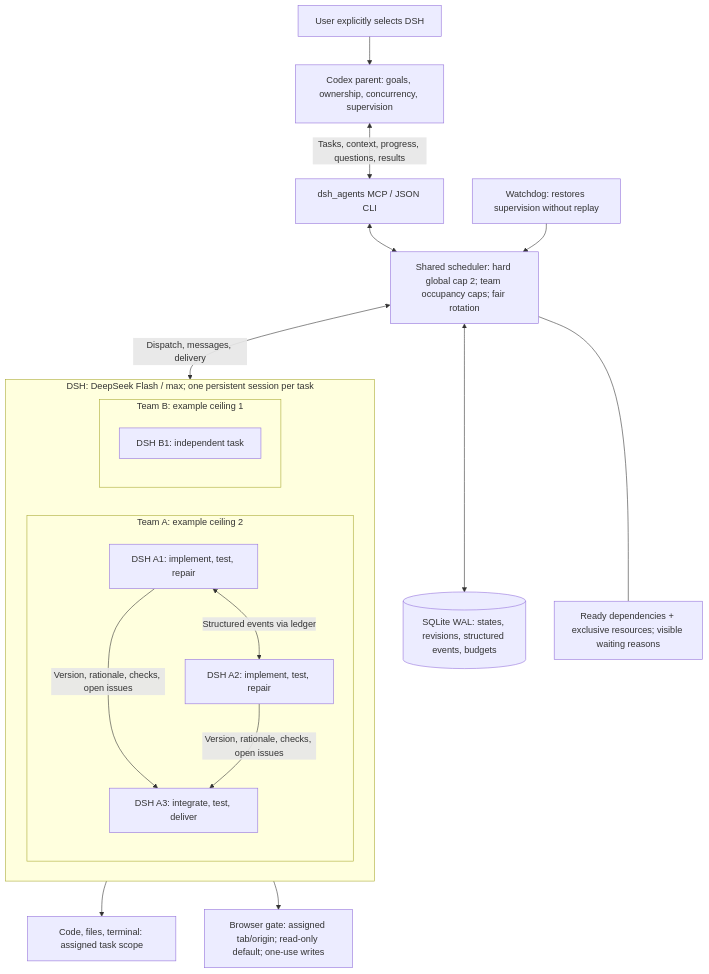
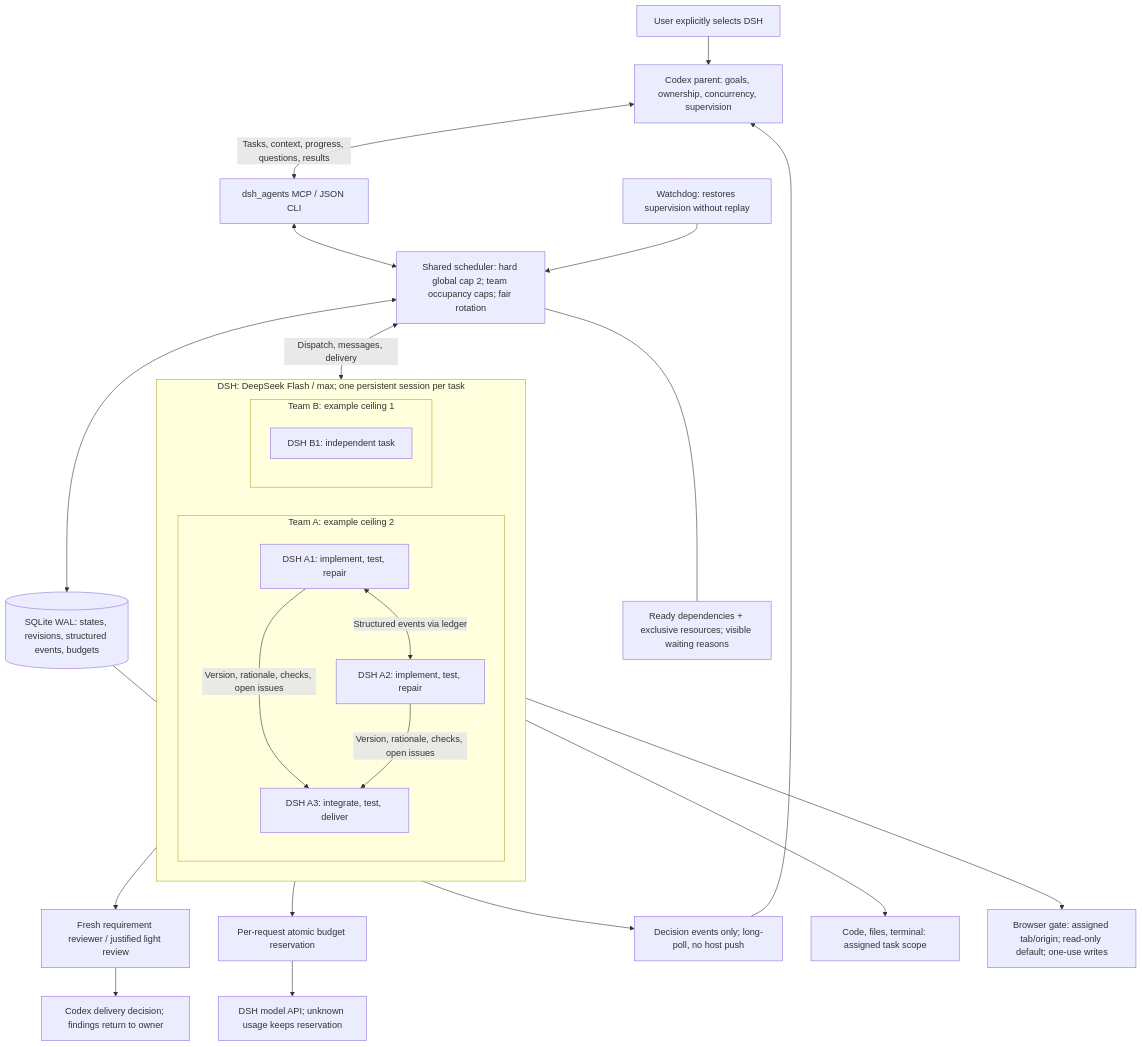
Before and after one commit to Fission21/deepseek-code-agent: the diagram in README.md, drawn with Mermaid. The commit also changed other lines of this file and 31 other files, not shown here.

Commit message:
feat: add bounded DSH spending and independent delivery review

````diff
--- a/README.md
+++ b/README.md
@@ -13,22 +13,28 @@
 ```mermaid
 flowchart TB
   U["User explicitly selects DSH"] --> P["Codex parent: goals, ownership, concurrency, supervision"]
   P <-->|"Tasks, context, progress, questions, results"| I["dsh_agents MCP / JSON CLI"]
   I <--> S["Shared scheduler: hard global cap 2; team occupancy caps; fair rotation"]
   S <--> DB[("SQLite WAL: states, revisions, structured events, budgets")]
   W["Watchdog: restores supervision without replay"] --> S
   S --- R["Ready dependencies + exclusive resources; visible waiting reasons"]
   S <-->|"Dispatch, messages, delivery"| EXEC
   subgraph EXEC["DSH: DeepSeek Flash / max; one persistent session per task"]
     subgraph A["Team A: example ceiling 2"]
       A1["DSH A1: implement, test, repair"] <-->|"Structured events via ledger"| A2["DSH A2: implement, test, repair"]
       A1 -->|"Version, rationale, checks, open issues"| A3["DSH A3: integrate, test, deliver"]
       A2 -->|"Version, rationale, checks, open issues"| A3
     end
     subgraph B["Team B: example ceiling 1"]
       B1["DSH B1: independent task"]
     end
   end
+  EXEC --> Q["Fresh requirement reviewer / justified light review"]
+  Q --> D["Codex delivery decision; findings return to owner"]
+  EXEC --> G["Per-request atomic budget reservation"]
+  G --> L["DSH model API; unknown usage keeps reservation"]
+  DB --> E["Decision events only; long-poll, no host push"]
+  E --> P
   EXEC --> T["Code, files, terminal: assigned task scope"]
   EXEC --> C["Browser gate: assigned tab/origin; read-only default; one-use writes"]
 ```
````
